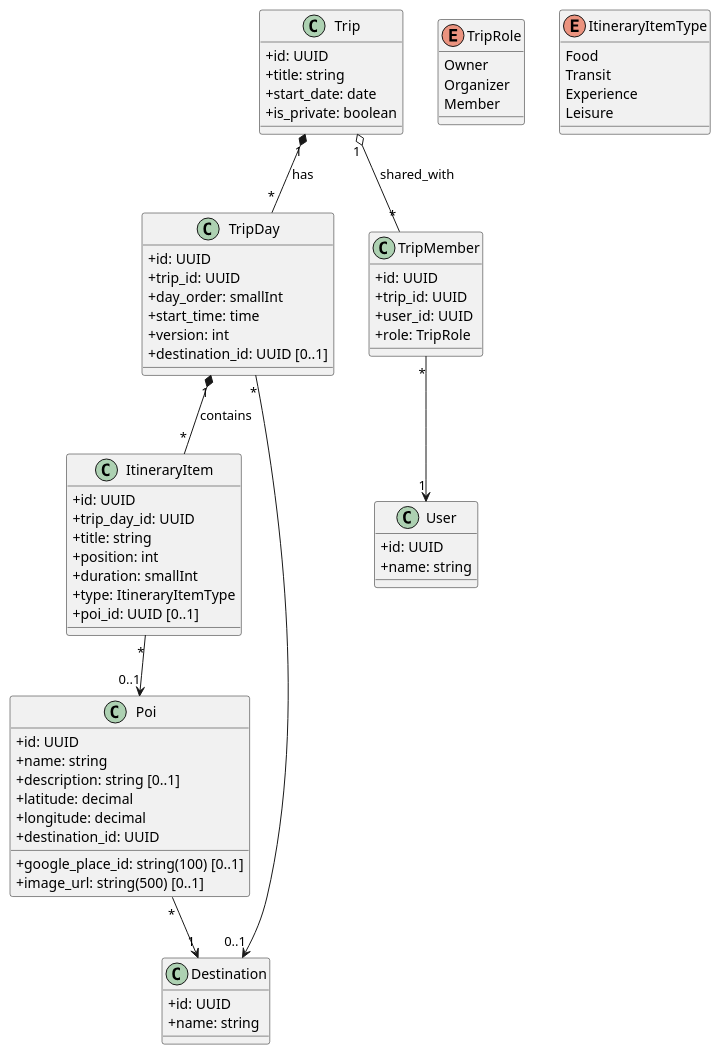
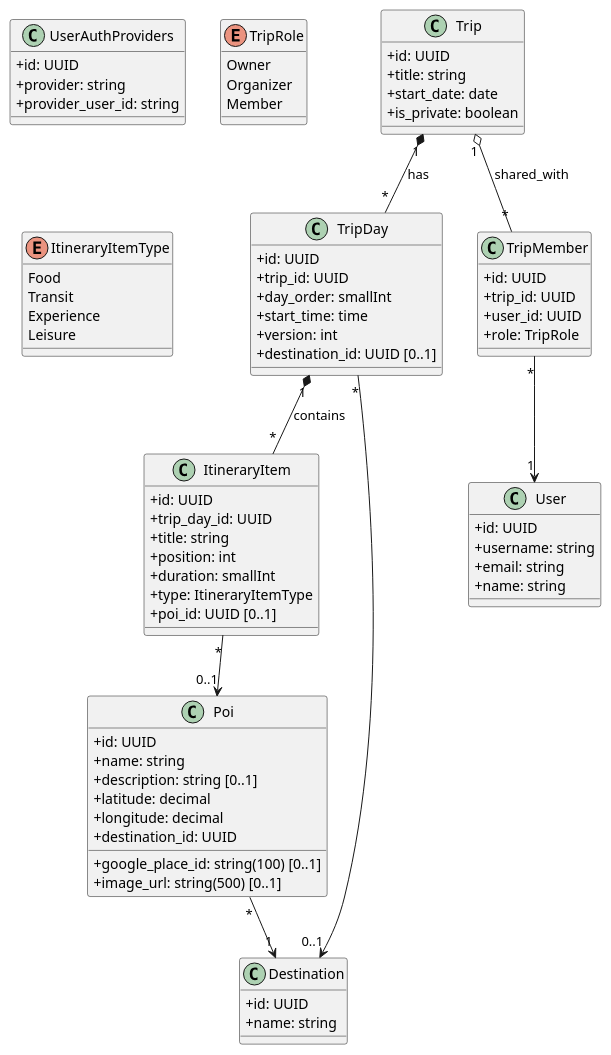
One commit to MazterSamzz/Trip changed the diagram in docs/architecture/domain/trip-domain.puml. Above: the diagram before and after it, drawn with PlantUML. The commit also changed 29 other files, not shown here.

```diff
--- a/docs/architecture/domain/trip-domain.puml
+++ b/docs/architecture/domain/trip-domain.puml
@@ -1,85 +1,93 @@
 @startuml Trip
 skinparam classAttributeIconSize 0
 
 ' ===== Aggregate Root =====
 class Trip {
   +id: UUID
   +title: string
   +start_date: date
   +is_private: boolean
 }
 
 ' ===== Child Entity =====
 class TripDay {
   +id: UUID
   +trip_id: UUID
   +day_order: smallInt
   +start_time: time
   +version: int
   +destination_id: UUID [0..1]
 }
 
 class ItineraryItem {
   +id: UUID
   +trip_day_id: UUID
   +title: string
   +position: int
   +duration: smallInt
   +type: ItineraryItemType
   +poi_id: UUID [0..1]
 }
 
 ' ===== Supporting Entities =====
 class Destination {
   +id: UUID
   +name: string
 }
 
 class Poi {
   +id: UUID
   +google_place_id: string(100) [0..1]
   +name: string
   +image_url: string(500) [0..1]
   +description: string [0..1]
   +latitude: decimal
   +longitude: decimal
   +destination_id: UUID
 }
 
 class User {
   +id: UUID
+  +username: string
+  +email: string
   +name: string
+}
+
+class UserAuthProviders {
+    +id: UUID
+    +provider: string
+    +provider_user_id: string
 }
 
 class TripMember {
   +id: UUID
   +trip_id: UUID
   +user_id: UUID
   +role: TripRole
 }
 
 ' ===== Enum =====
 enum TripRole {
   Owner
   Organizer
   Member
 }
 
 enum ItineraryItemType {
   Food
   Transit
   Experience
   Leisure
 }
 
 ' ===== Relationships =====
 Trip "1" *-- "*" TripDay : has
 TripDay "1" *-- "*" ItineraryItem : contains
 Trip "1" o-- "*" TripMember : shared_with
 
 TripMember "*" --> "1" User
 ItineraryItem "*" --> "0..1" Poi
 Poi "*" --> "1" Destination
 TripDay "*" --> "0..1" Destination
 
 @enduml
```
